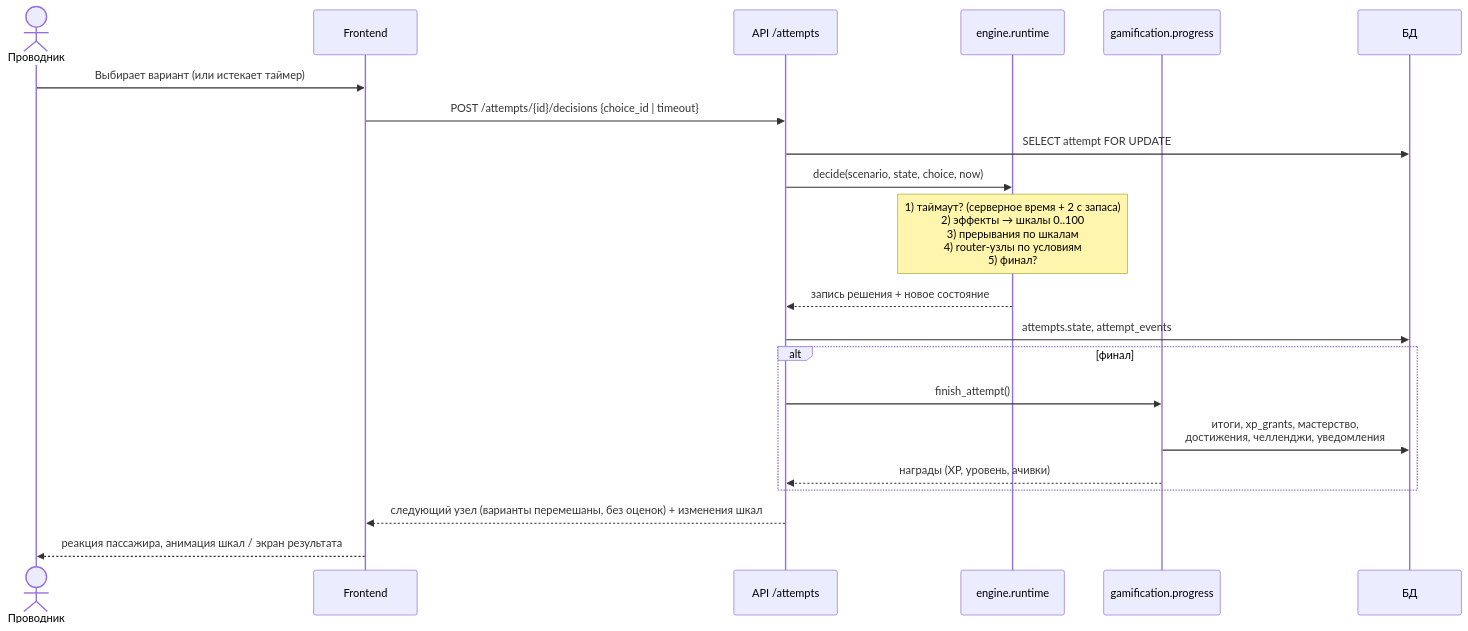
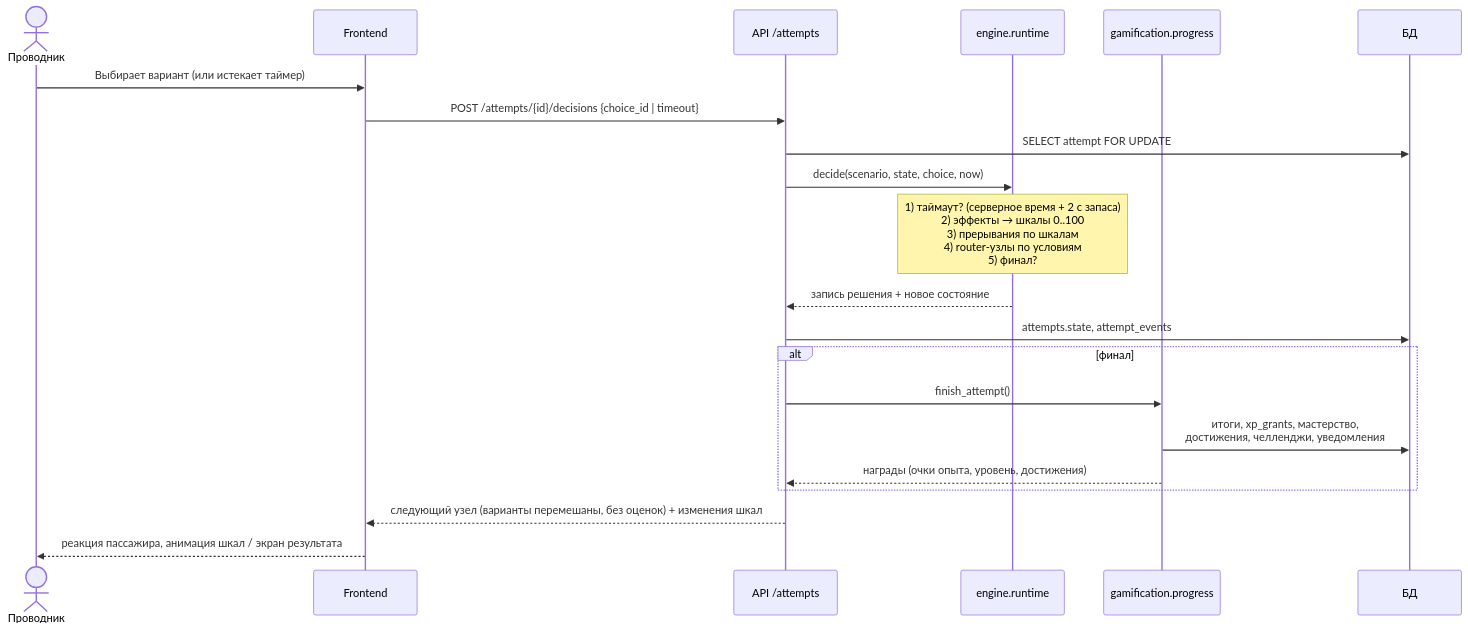
Before and after one commit to zhurich/mt-hackathon: the second of 3 diagrams in docs/architecture.md, drawn with Mermaid. The commit also changed other lines of this file and 26 other files, not shown here.

First line of the commit message:
Замена «XP» на «очки опыта», комментарии на русском

````diff
--- a/docs/architecture.md
+++ b/docs/architecture.md
@@ -59,24 +59,24 @@
 ```mermaid
 sequenceDiagram
     actor P as Проводник
     participant F as Frontend
     participant A as API /attempts
     participant E as engine.runtime
     participant G as gamification.progress
     participant D as БД
 
     P->>F: Выбирает вариант (или истекает таймер)
     F->>A: POST /attempts/{id}/decisions {choice_id | timeout}
     A->>D: SELECT attempt FOR UPDATE
     A->>E: decide(scenario, state, choice, now)
     Note over E: 1) таймаут? (серверное время + 2 с запаса)<br/>2) эффекты → шкалы 0..100<br/>3) прерывания по шкалам<br/>4) router-узлы по условиям<br/>5) финал?
     E-->>A: запись решения + новое состояние
     A->>D: attempts.state, attempt_events
     alt финал
         A->>G: finish_attempt()
         G->>D: итоги, xp_grants, мастерство,<br/>достижения, челленджи, уведомления
-        G-->>A: награды (XP, уровень, ачивки)
+        G-->>A: награды (очки опыта, уровень, достижения)
     end
     A-->>F: следующий узел (варианты перемешаны, без оценок) + изменения шкал
     F-->>P: реакция пассажира, анимация шкал / экран результата
 ```
````
